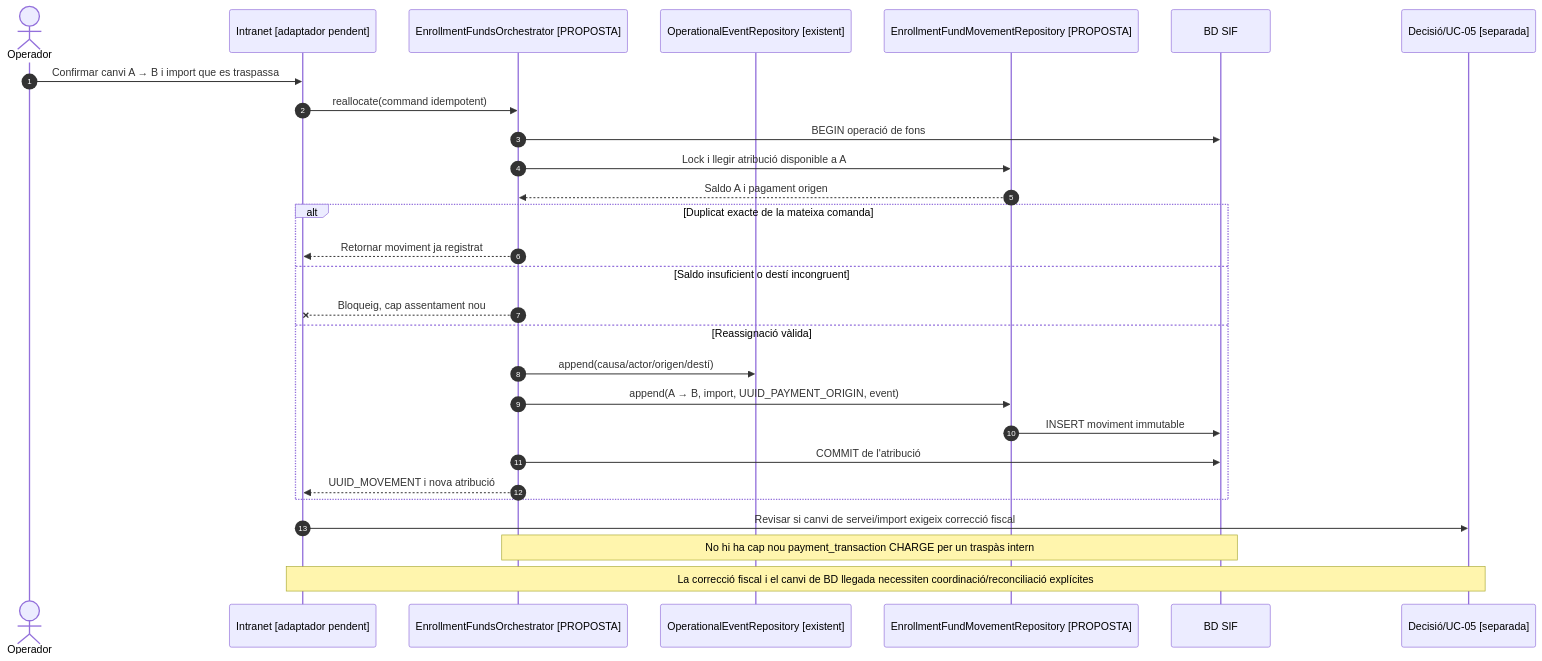
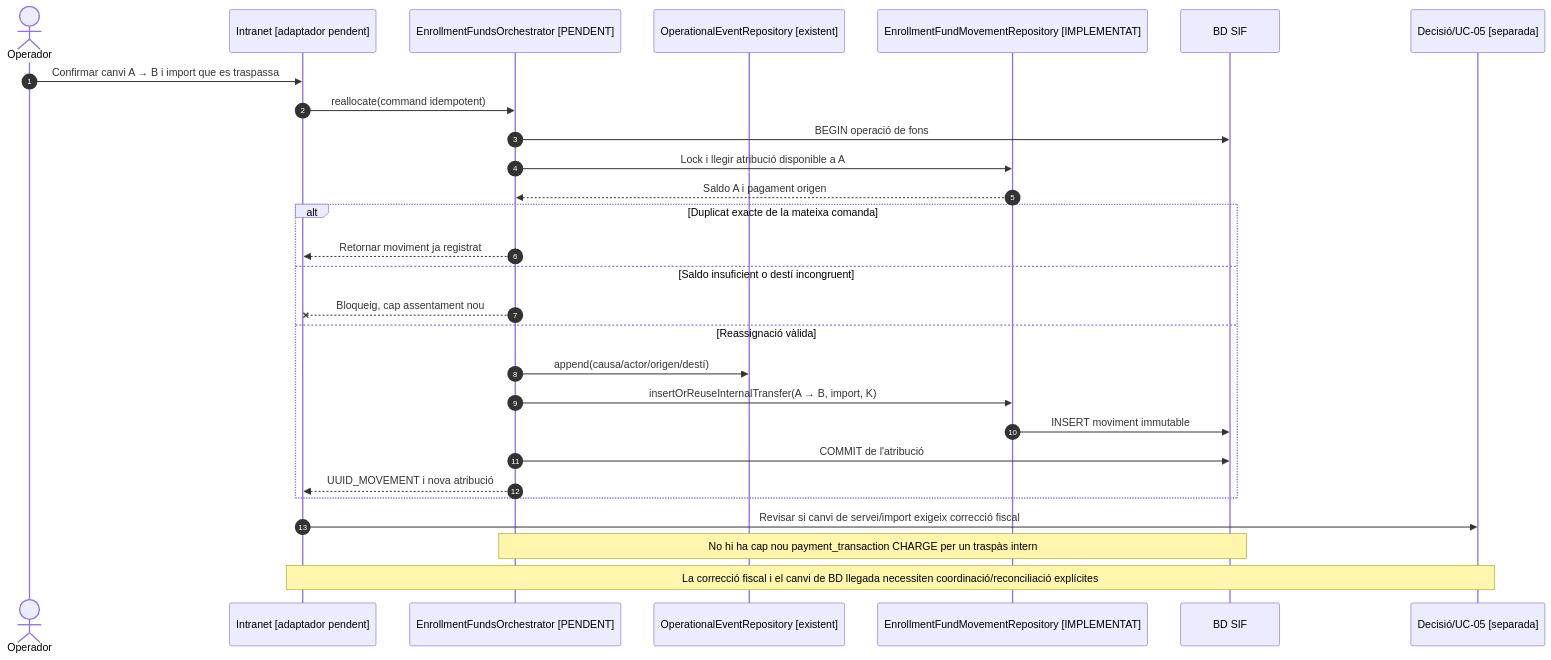
The second of 2 diagrams in documentacio/07-uml-integrat/00-revisio-moviments-inscripcions.md (orgmeriemprismacat-del/verifactu), drawn with Mermaid before and after one commit. The commit also changed other lines of this file, not shown here.

Commit message:
docs(UC-006): reconciliar model transversal amb INTERNAL_TRANSFER

````diff
--- a/documentacio/07-uml-integrat/00-revisio-moviments-inscripcions.md
+++ b/documentacio/07-uml-integrat/00-revisio-moviments-inscripcions.md
@@ -148,30 +148,30 @@
 ```mermaid
 sequenceDiagram
 autonumber
 actor O as Operador
 participant UI as Intranet [adaptador pendent]
-participant Or as EnrollmentFundsOrchestrator [PROPOSTA]
+participant Or as EnrollmentFundsOrchestrator [PENDENT]
 participant Ev as OperationalEventRepository [existent]
-participant Ledger as EnrollmentFundMovementRepository [PROPOSTA]
+participant Ledger as EnrollmentFundMovementRepository [IMPLEMENTAT]
 participant SIF as BD SIF
 participant Fiscal as Decisió/UC-05 [separada]
 O->>UI: Confirmar canvi A → B i import que es traspassa
 UI->>Or: reallocate(command idempotent)
 Or->>SIF: BEGIN operació de fons
 Or->>Ledger: Lock i llegir atribució disponible a A
 Ledger-->>Or: Saldo A i pagament origen
 alt Duplicat exacte de la mateixa comanda
  Or-->>UI: Retornar moviment ja registrat
 else Saldo insuficient o destí incongruent
  Or--xUI: Bloqueig, cap assentament nou
 else Reassignació vàlida
  Or->>Ev: append(causa/actor/origen/destí)
- Or->>Ledger: append(A → B, import, UUID_PAYMENT_ORIGIN, event)
+ Or->>Ledger: insertOrReuseInternalTransfer(A → B, import, K)
  Ledger->>SIF: INSERT moviment immutable
  Or->>SIF: COMMIT de l'atribució
  Or-->>UI: UUID_MOVEMENT i nova atribució
 end
 UI->>Fiscal: Revisar si canvi de servei/import exigeix correcció fiscal
 Note over Or,SIF: No hi ha cap nou payment_transaction CHARGE per un traspàs intern
 Note over UI,Fiscal: La correcció fiscal i el canvi de BD llegada necessiten coordinació/reconciliació explícites
 ```
````
